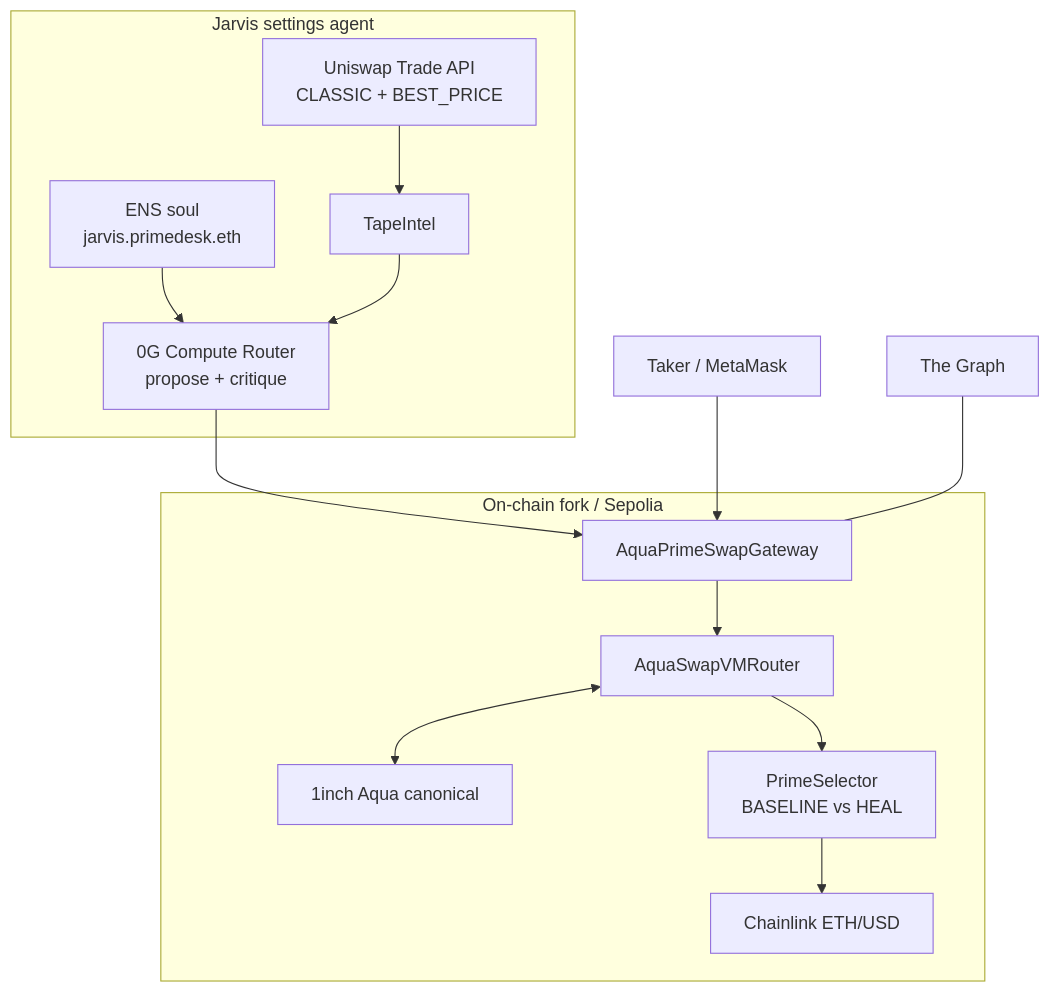
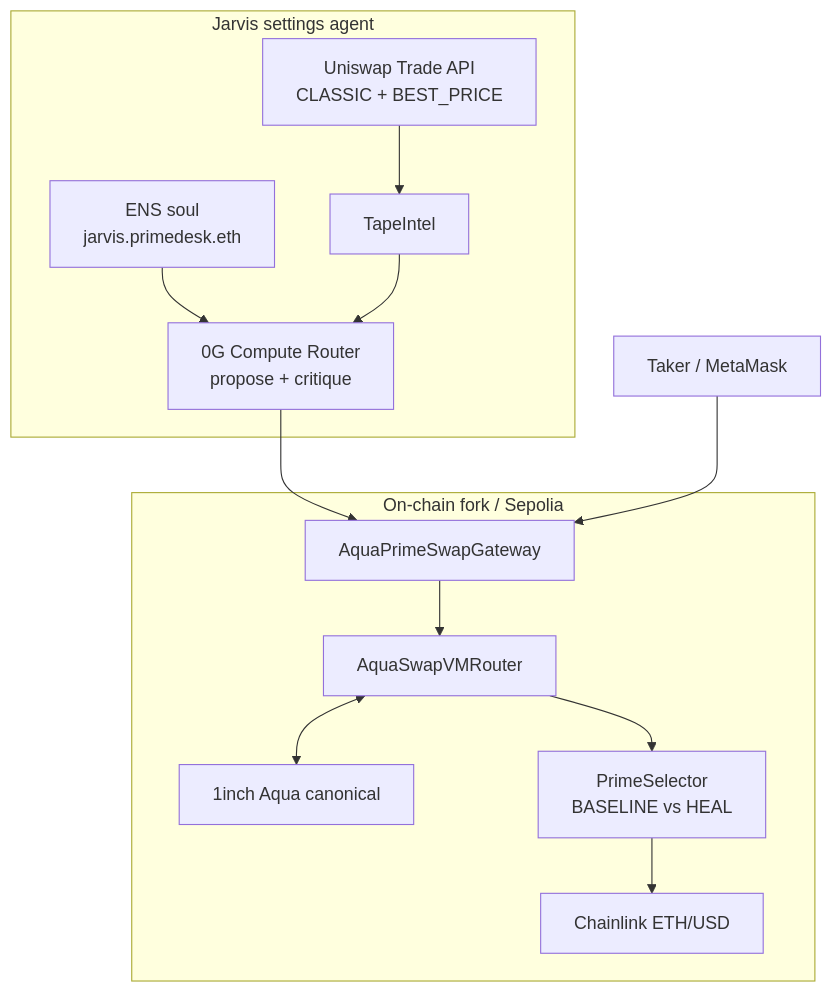
Before and after one commit to MiguelBits/ETH-Global-Lisbon-Aqua-Prime: the diagram in README.md, drawn with Mermaid. The commit also changed other lines of this file and 20 other files, not shown here.

````diff
--- a/README.md
+++ b/README.md
@@ -23,27 +22,26 @@
 ```mermaid
 flowchart TB
     subgraph agent["Jarvis settings agent"]
         ENS["ENS soul<br/>jarvis.primedesk.eth"]
         UNI["Uniswap Trade API<br/>CLASSIC + BEST_PRICE"]
         DEC["TapeIntel"]
         OG["0G Compute Router<br/>propose + critique"]
         ENS --> OG
         UNI --> DEC
         DEC --> OG
     end
 
     subgraph chain["On-chain fork / Sepolia"]
         GW["AquaPrimeSwapGateway"]
         AQUA["1inch Aqua canonical"]
         VM["AquaSwapVMRouter"]
         SEL["PrimeSelector<br/>BASELINE vs HEAL"]
         CL["Chainlink ETH/USD"]
         GW --> VM --> SEL
         SEL --> CL
         VM <--> AQUA
     end
 
     OG --> GW
     TAKER["Taker / MetaMask"] --> GW
-    SUB["The Graph"] --- GW
 ```
````
